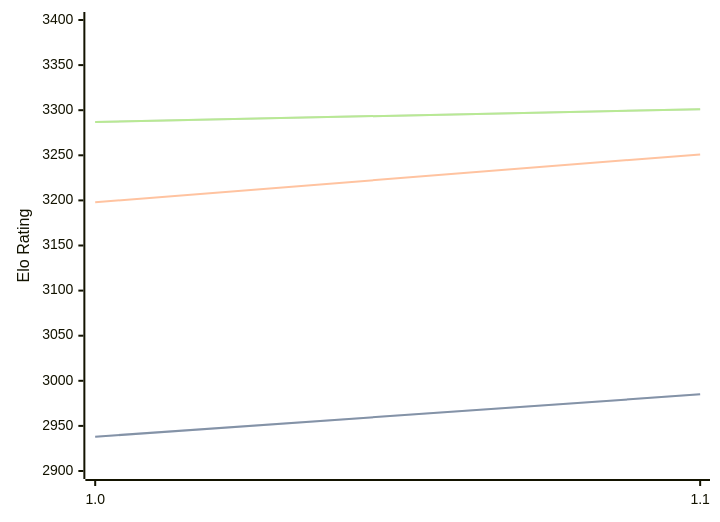
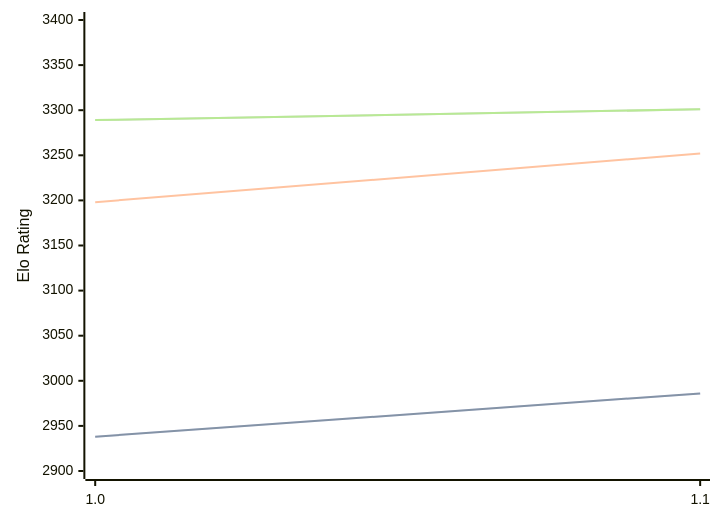
One commit to computer-chess-index/cci changed the diagram in engines/RodentV.md. Above: the diagram before and after it, drawn with Mermaid. The commit also changed other lines of this file, not shown here.

Commit message:
Update CCI Ratings (ELO VLTC) - 2026-09-16

````diff
--- a/engines/RodentV.md
+++ b/engines/RodentV.md
@@ -33,11 +33,11 @@
 ```mermaid
 %%{init: {"theme":"base","themeVariables":{"seriesColors:['#a3a3a3','#222221','#faa371']}}}%%
 xychart-beta
   x-axis ["1.0", "1.1"]
   y-axis "Elo Rating" 2900 --> 3400
-  line "" [2938, 2985]
-  line "STC (8.0+0.08s)" [2938, 2985]
-  line "LTC (60.0+0.60s)" [3198, 3251]
-  line "" [3287, 3301]
-  line "VLTC (2m24s+1.12s)" [3287, 3301]
+  line "" [2938, 2986]
+  line "STC (8.0+0.08s)" [2938, 2986]
+  line "LTC (60.0+0.60s)" [3198, 3252]
+  line "" [3289, 3301]
+  line "VLTC (2m24s+1.12s)" [3289, 3301]
 ```
````
